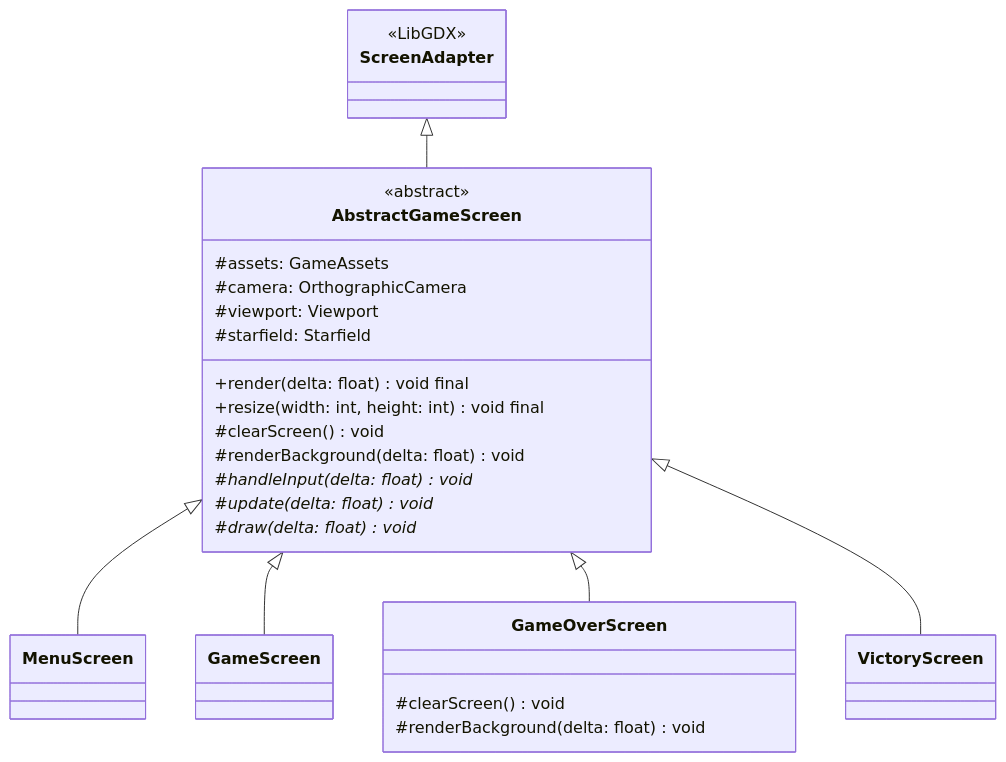
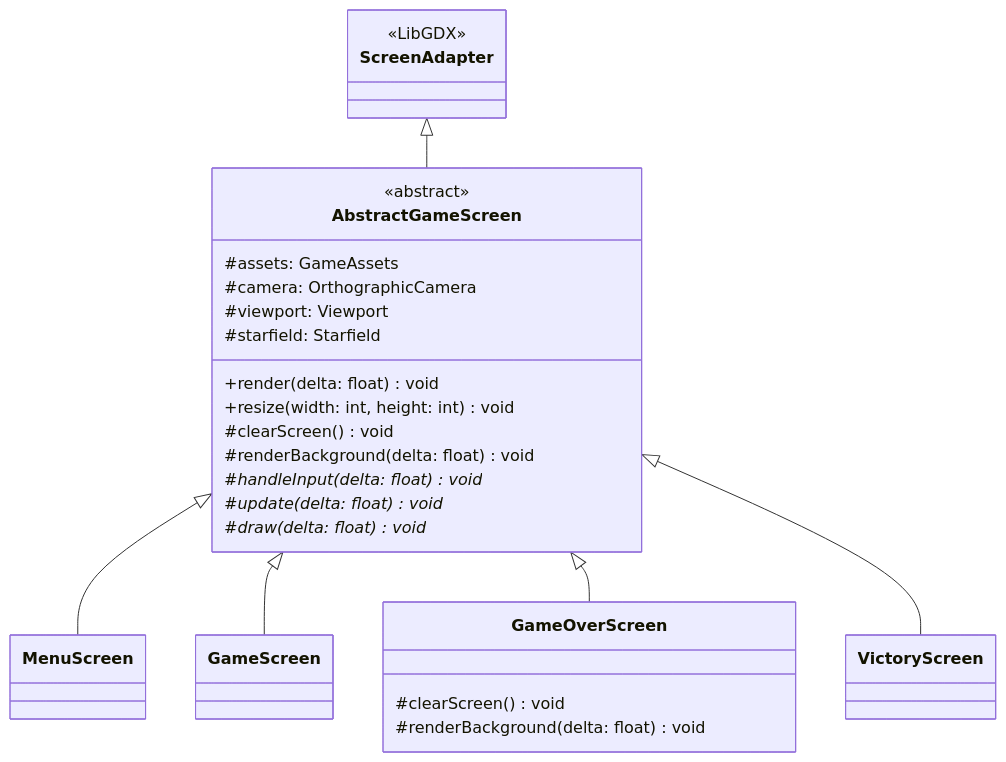
One commit to L3v1smpr/GameProject changed the third of 4 diagrams in REPORTE_PROYECTO.md. Above: the diagram before and after it, drawn with Mermaid. The commit also changed other lines of this file and 3 other files, not shown here.

First line of the commit message:
docs: actualizar UML, README y reporte formal (.md y .docx) con transiciones dinamicas de Strategy

````diff
--- a/REPORTE_PROYECTO.md
+++ b/REPORTE_PROYECTO.md
@@ -283,33 +314,33 @@
 ```mermaid
 classDiagram
     class ScreenAdapter {
         <<LibGDX>>
     }
     class AbstractGameScreen {
         <<abstract>>
         #assets: GameAssets
         #camera: OrthographicCamera
         #viewport: Viewport
         #starfield: Starfield
-        +render(delta: float) void final
-        +resize(width: int, height: int) void final
+        +render(delta: float) void
+        +resize(width: int, height: int) void
         #clearScreen() void
         #renderBackground(delta: float) void
-        #handleInput(delta: float)* void
-        #update(delta: float)* void
-        #draw(delta: float)* void
+        #handleInput(delta: float) void*
+        #update(delta: float) void*
+        #draw(delta: float) void*
     }
     class MenuScreen
     class GameScreen
     class GameOverScreen {
         #clearScreen() void
         #renderBackground(delta: float) void
     }
     class VictoryScreen
 
     ScreenAdapter <|-- AbstractGameScreen
     AbstractGameScreen <|-- MenuScreen
     AbstractGameScreen <|-- GameScreen
     AbstractGameScreen <|-- GameOverScreen
     AbstractGameScreen <|-- VictoryScreen
 ```
````
